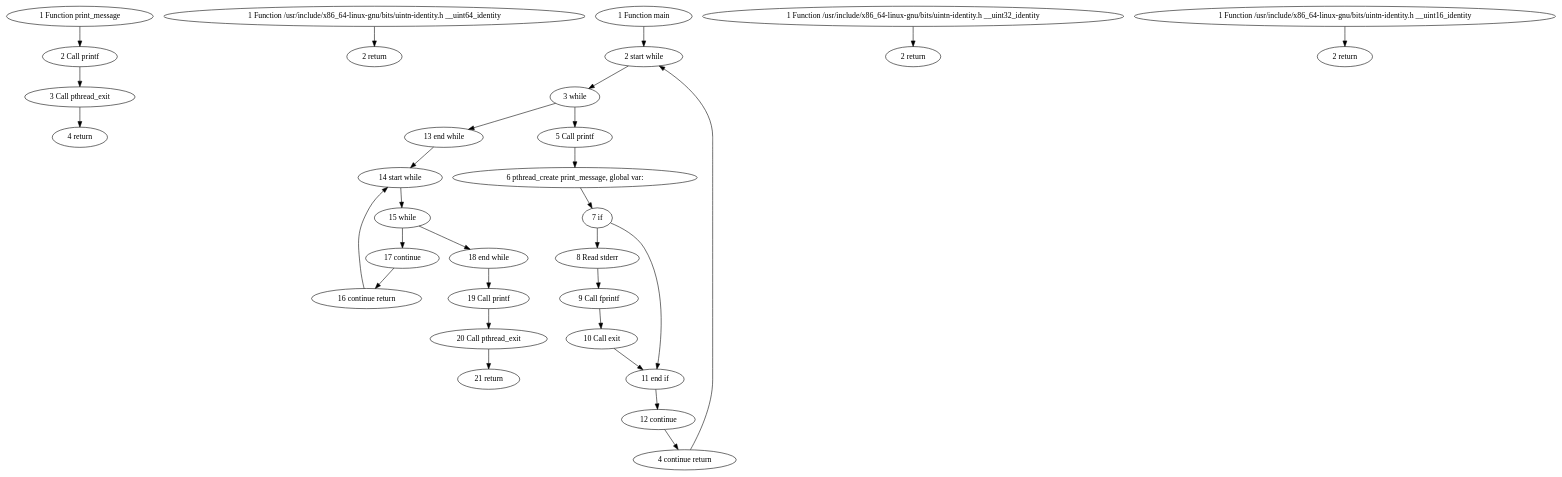
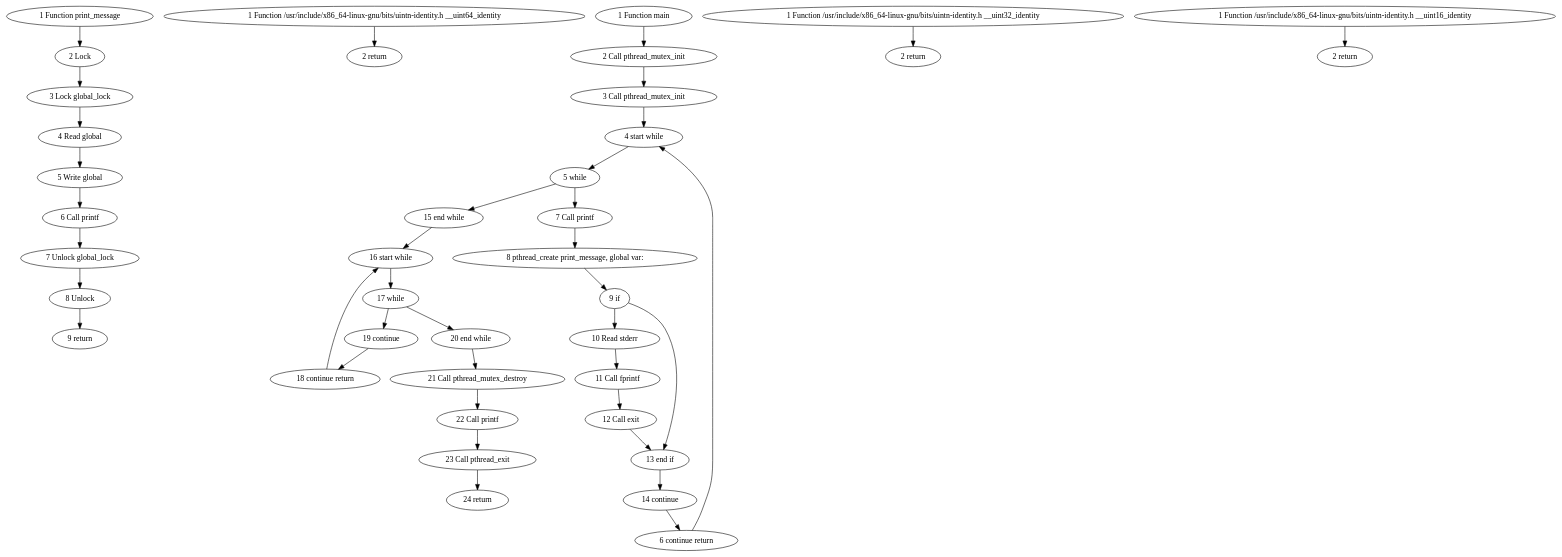
One commit to JudeHill/EraserStatic changed the diagram in build/graph_5.dot. Above: the diagram before and after it, drawn with Graphviz. The commit also changed 18 other files, not shown here.

```diff
--- a/build/graph_5.dot
+++ b/build/graph_5.dot
@@ -1,62 +1,78 @@
 digraph G {
-  gfsgbyokkr [label="1 Function print_message"];
-  wvsgbyokkr [label="2 Call printf"];
-  kbtgbyokkr [label="3 Call pthread_exit"];
-  kjpgbyokkr [label="4 return"];
-  odbcbyokkr [label="1 Function /usr/include/x86_64-linux-gnu/bits/uintn-identity.h __uint64_identity"];
-  iaccbyokkr [label="2 return"];
-  iqsgbyokkr [label="1 Function main"];
-  wjugbyokkr [label="2 start while"];
-  wzugbyokkr [label="3 while"];
-  ctugbyokkr [label="5 Call printf"];
-  shyvayokkr [label="6 pthread_create print_message, global var: "];
-  kzxgbyokkr [label="7 if"];
-  onygbyokkr [label="8 Read stderr"];
-  ieygbyokkr [label="9 Call fprintf"];
-  qqygbyokkr [label="10 Call exit"];
-  ghvgbyokkr [label="11 end if"];
-  gnsgbyokkr [label="12 continue"];
-  astgbyokkr [label="4 continue return"];
-  wzygbyokkr [label="13 end while"];
-  myxbbyokkr [label="14 start while"];
-  wfybbyokkr [label="15 while"];
-  ucybbyokkr [label="17 continue"];
-  yaybbyokkr [label="16 continue return"];
-  ukybbyokkr [label="18 end while"];
-  euxbbyokkr [label="19 Call printf"];
-  sbzgbyokkr [label="20 Call pthread_exit"];
-  wnybbyokkr [label="21 return"];
-  wriwayokkr [label="1 Function /usr/include/x86_64-linux-gnu/bits/uintn-identity.h __uint32_identity"];
-  kftbbyokkr [label="2 return"];
-  knjcbyokkr [label="1 Function /usr/include/x86_64-linux-gnu/bits/uintn-identity.h __uint16_identity"];
-  qkdwayokkr [label="2 return"];
-  gfsgbyokkr -> wvsgbyokkr;
-  wvsgbyokkr -> kbtgbyokkr;
-  kbtgbyokkr -> kjpgbyokkr;
-  odbcbyokkr -> iaccbyokkr;
-  iqsgbyokkr -> wjugbyokkr;
-  wjugbyokkr -> wzugbyokkr;
-  wzugbyokkr -> ctugbyokkr;
-  wzugbyokkr -> wzygbyokkr;
-  ctugbyokkr -> shyvayokkr;
-  shyvayokkr -> kzxgbyokkr;
-  kzxgbyokkr -> onygbyokkr;
-  kzxgbyokkr -> ghvgbyokkr;
-  onygbyokkr -> ieygbyokkr;
-  ieygbyokkr -> qqygbyokkr;
-  qqygbyokkr -> ghvgbyokkr;
-  ghvgbyokkr -> gnsgbyokkr;
-  gnsgbyokkr -> astgbyokkr;
-  astgbyokkr -> wjugbyokkr;
-  wzygbyokkr -> myxbbyokkr;
-  myxbbyokkr -> wfybbyokkr;
-  wfybbyokkr -> ucybbyokkr;
-  wfybbyokkr -> ukybbyokkr;
-  ucybbyokkr -> yaybbyokkr;
-  yaybbyokkr -> myxbbyokkr;
-  ukybbyokkr -> euxbbyokkr;
-  euxbbyokkr -> sbzgbyokkr;
-  sbzgbyokkr -> wnybbyokkr;
-  wriwayokkr -> kftbbyokkr;
-  knjcbyokkr -> qkdwayokkr;
+  aiacqcbtir [label="1 Function print_message"];
+  wracqcbtir [label="2 Lock "];
+  ewacqcbtir [label="3 Lock global_lock"];
+  ghbcqcbtir [label="4 Read global"];
+  eebcqcbtir [label="5 Write global"];
+  olbcqcbtir [label="6 Call printf"];
+  isbcqcbtir [label="7 Unlock global_lock"];
+  iaccqcbtir [label="8 Unlock "];
+  kxwbqcbtir [label="9 return"];
+  orixpcbtir [label="1 Function /usr/include/x86_64-linux-gnu/bits/uintn-identity.h __uint64_identity"];
+  iojxpcbtir [label="2 return"];
+  imacqcbtir [label="1 Function main"];
+  knfcqcbtir [label="2 Call pthread_mutex_init"];
+  qwfcqcbtir [label="3 Call pthread_mutex_init"];
+  wzecqcbtir [label="4 start while"];
+  ukgcqcbtir [label="5 while"];
+  gfgcqcbtir [label="7 Call printf"];
+  kjvrpcbtir [label="8 pthread_create print_message, global var: "];
+  qgjcqcbtir [label="9 if"];
+  gxjcqcbtir [label="10 Read stderr"];
+  aojcqcbtir [label="11 Call fprintf"];
+  iakcqcbtir [label="12 Call exit"];
+  yqgcqcbtir [label="13 end if"];
+  qmccqcbtir [label="14 continue"];
+  kdgcqcbtir [label="6 continue return"];
+  mokcqcbtir [label="15 end while"];
+  opfxpcbtir [label="16 start while"];
+  ywfxpcbtir [label="17 while"];
+  wtfxpcbtir [label="19 continue"];
+  asfxpcbtir [label="18 continue return"];
+  wbgxpcbtir [label="20 end while"];
+  glfxpcbtir [label="21 Call pthread_mutex_destroy"];
+  gdlcqcbtir [label="22 Call printf"];
+  aklcqcbtir [label="23 Call pthread_exit"];
+  iglcqcbtir [label="24 return"];
+  gfurpcbtir [label="1 Function /usr/include/x86_64-linux-gnu/bits/uintn-identity.h __uint32_identity"];
+  ktaxpcbtir [label="2 return"];
+  kbrxpcbtir [label="1 Function /usr/include/x86_64-linux-gnu/bits/uintn-identity.h __uint16_identity"];
+  sxqrpcbtir [label="2 return"];
+  aiacqcbtir -> wracqcbtir;
+  wracqcbtir -> ewacqcbtir;
+  ewacqcbtir -> ghbcqcbtir;
+  ghbcqcbtir -> eebcqcbtir;
+  eebcqcbtir -> olbcqcbtir;
+  olbcqcbtir -> isbcqcbtir;
+  isbcqcbtir -> iaccqcbtir;
+  iaccqcbtir -> kxwbqcbtir;
+  orixpcbtir -> iojxpcbtir;
+  imacqcbtir -> knfcqcbtir;
+  knfcqcbtir -> qwfcqcbtir;
+  qwfcqcbtir -> wzecqcbtir;
+  wzecqcbtir -> ukgcqcbtir;
+  ukgcqcbtir -> gfgcqcbtir;
+  ukgcqcbtir -> mokcqcbtir;
+  gfgcqcbtir -> kjvrpcbtir;
+  kjvrpcbtir -> qgjcqcbtir;
+  qgjcqcbtir -> gxjcqcbtir;
+  qgjcqcbtir -> yqgcqcbtir;
+  gxjcqcbtir -> aojcqcbtir;
+  aojcqcbtir -> iakcqcbtir;
+  iakcqcbtir -> yqgcqcbtir;
+  yqgcqcbtir -> qmccqcbtir;
+  qmccqcbtir -> kdgcqcbtir;
+  kdgcqcbtir -> wzecqcbtir;
+  mokcqcbtir -> opfxpcbtir;
+  opfxpcbtir -> ywfxpcbtir;
+  ywfxpcbtir -> wtfxpcbtir;
+  ywfxpcbtir -> wbgxpcbtir;
+  wtfxpcbtir -> asfxpcbtir;
+  asfxpcbtir -> opfxpcbtir;
+  wbgxpcbtir -> glfxpcbtir;
+  glfxpcbtir -> gdlcqcbtir;
+  gdlcqcbtir -> aklcqcbtir;
+  aklcqcbtir -> iglcqcbtir;
+  gfurpcbtir -> ktaxpcbtir;
+  kbrxpcbtir -> sxqrpcbtir;
 }
```
